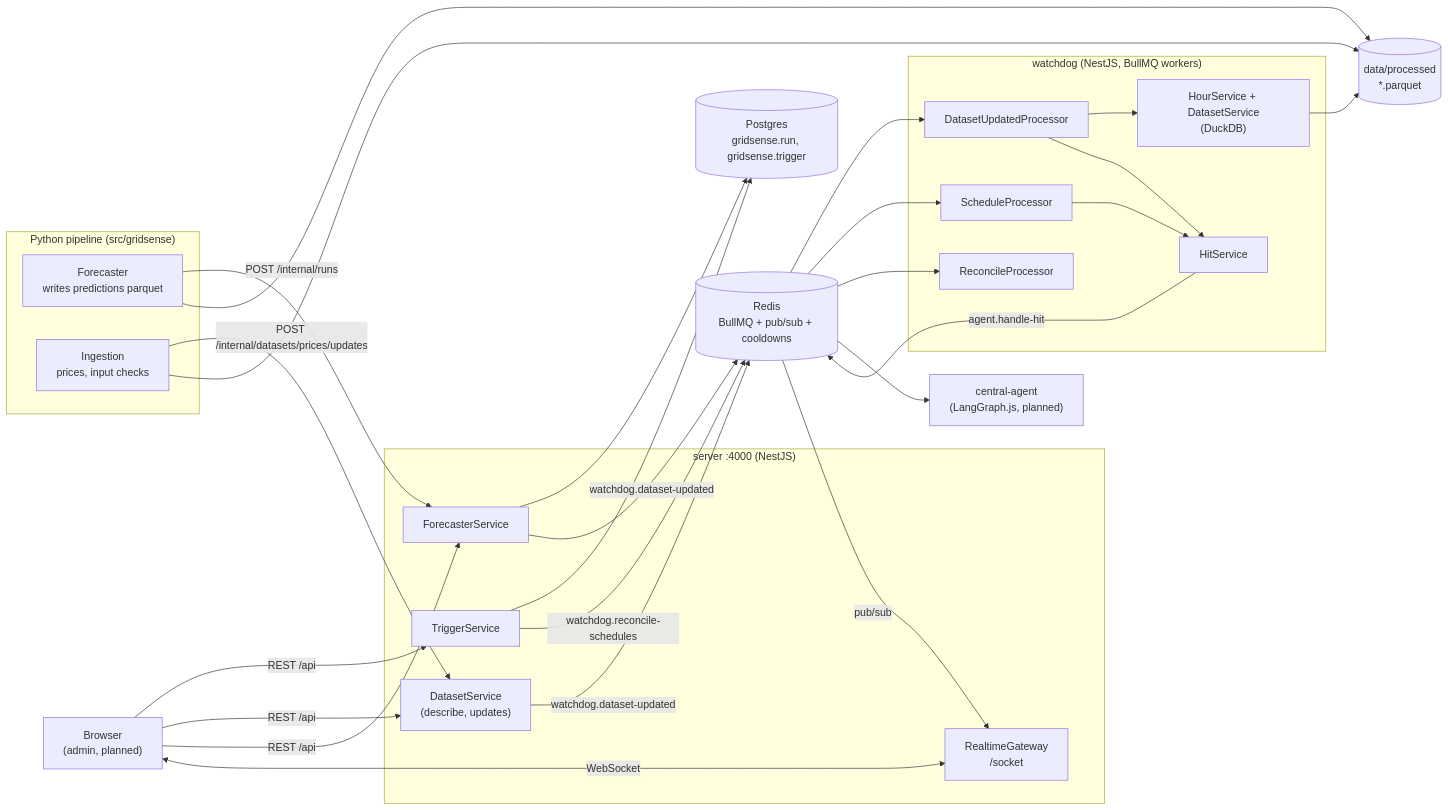
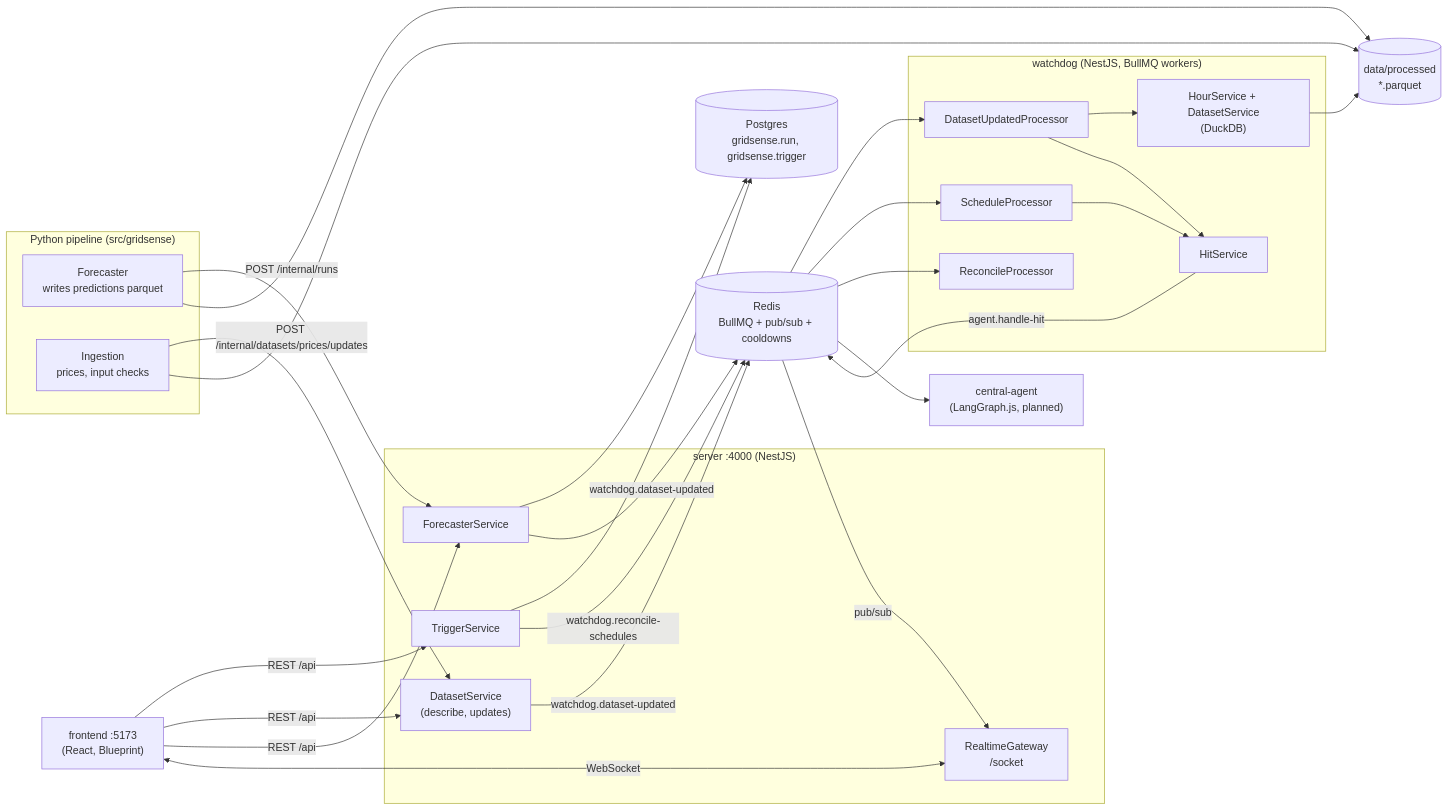
The diagram in packages/docs/README.md (LarpersFMI/GridSense), drawn with Mermaid before and after one commit. The commit also changed other lines of this file and 81 other files, not shown here.

````diff
--- a/packages/docs/README.md
+++ b/packages/docs/README.md
@@ -19,46 +20,46 @@
 ```mermaid
 flowchart LR
     subgraph Python["Python pipeline (src/gridsense)"]
         fc["Forecaster<br/>writes predictions parquet"]
         ing["Ingestion<br/>prices, input checks"]
     end
 
     subgraph Server["server :4000 (NestJS)"]
         run["ForecasterService"]
         trg["TriggerService"]
         ds["DatasetService<br/>(describe, updates)"]
         gw["RealtimeGateway<br/>/socket"]
     end
 
     subgraph Watchdog["watchdog (NestJS, BullMQ workers)"]
         sp["DatasetUpdatedProcessor"]
         sch["ScheduleProcessor"]
         rec["ReconcileProcessor"]
         hours["HourService + DatasetService<br/>(DuckDB)"]
         hit["HitService"]
     end
 
     agent["central-agent<br/>(LangGraph.js, planned)"]
-    browser["Browser<br/>(admin, planned)"]
+    browser["frontend :5173<br/>(React, Blueprint)"]
 
     pg[("Postgres<br/>gridsense.run, gridsense.trigger")]
     redis[("Redis<br/>BullMQ + pub/sub + cooldowns")]
     files[("data/processed<br/>*.parquet")]
 
     fc -- "POST /internal/runs" --> run
     ing -- "POST /internal/datasets/prices/updates" --> ds
     fc --> files
     ing --> files
     run --> pg
     trg --> pg
     run -- "watchdog.dataset-updated" --> redis
     ds -- "watchdog.dataset-updated" --> redis
     trg -- "watchdog.reconcile-schedules" --> redis
     redis --> sp & sch & rec
     sp --> hours --> files
     sp & sch --> hit
     hit -- "agent.handle-hit" --> redis --> agent
     browser -- "REST /api" --> trg & ds & run
     browser <-- "WebSocket" --> gw
     redis -- "pub/sub" --> gw
 ```
````
